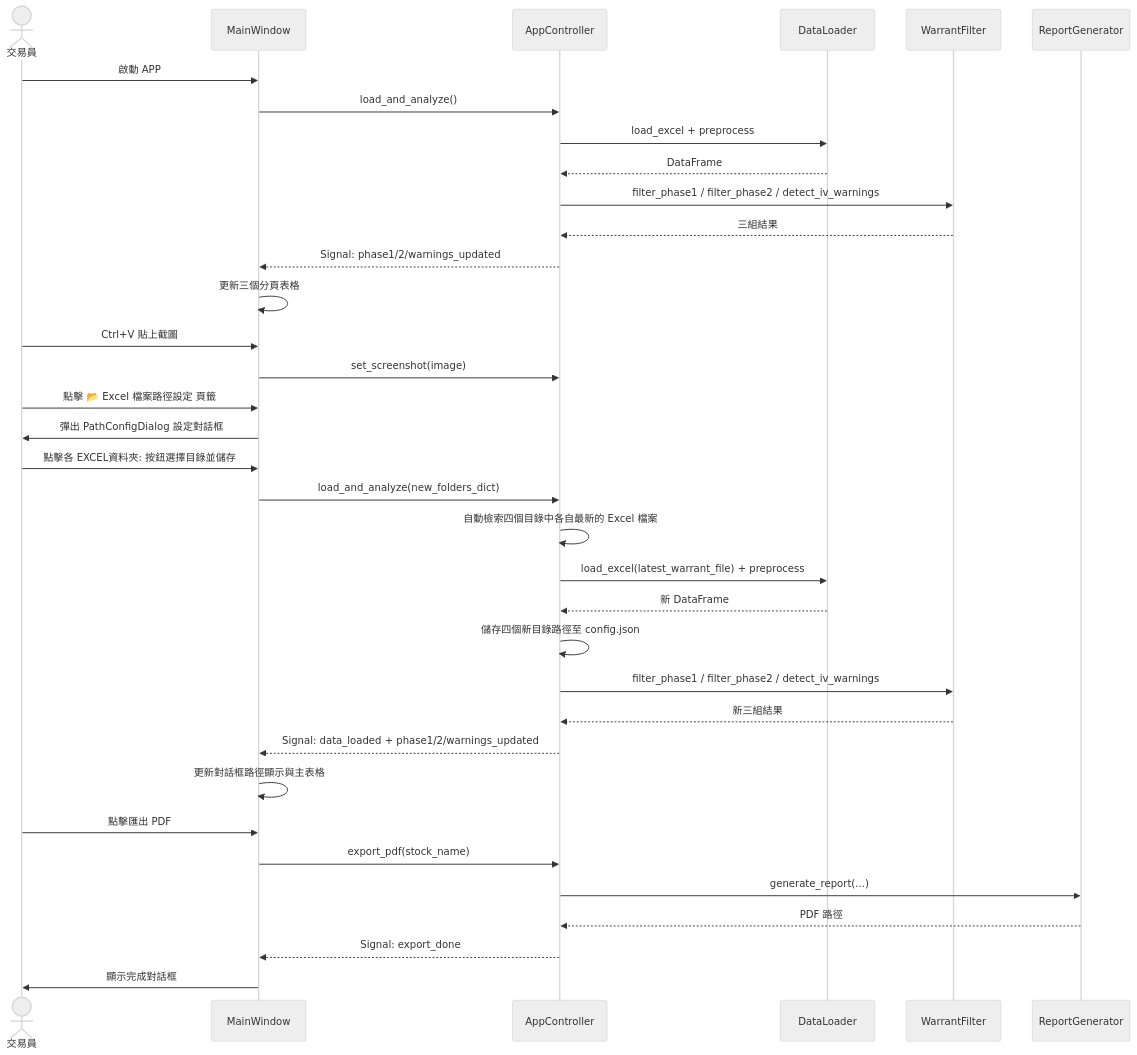
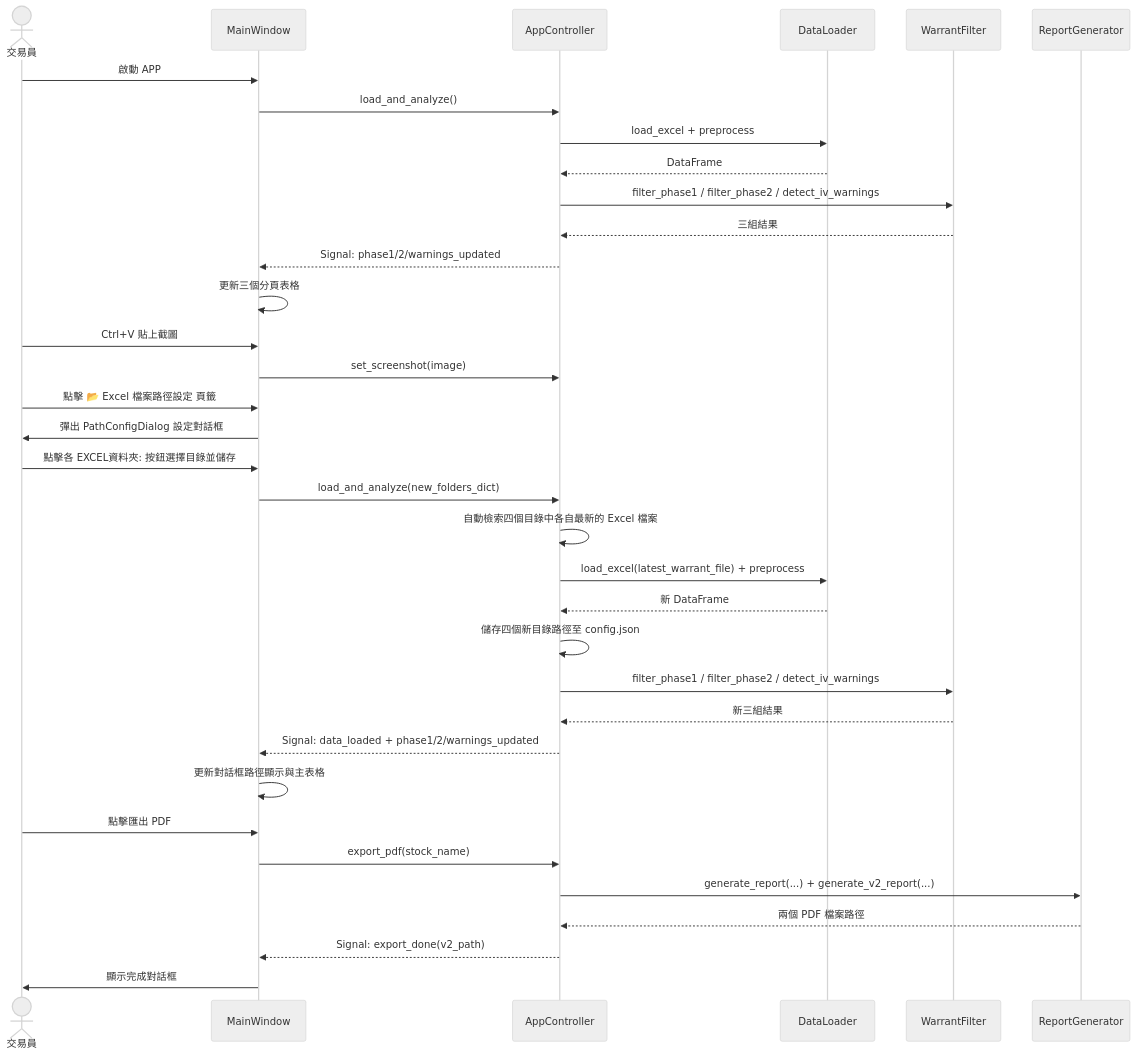
Before and after one commit to kkla1016/w-insight: the fifth of 10 diagrams in spec.md, drawn with Mermaid (neutral theme). The commit also changed 3 other files, not shown here.

````diff
--- a/spec.md
+++ b/spec.md
@@ -156,41 +156,41 @@
 ```mermaid
 sequenceDiagram
     actor User as 交易員
     participant MW as MainWindow
     participant AC as AppController
     participant DL as DataLoader
     participant WF as WarrantFilter
     participant RG as ReportGenerator
 
     User->>MW: 啟動 APP
     MW->>AC: load_and_analyze()
     AC->>DL: load_excel + preprocess
     DL-->>AC: DataFrame
     AC->>WF: filter_phase1 / filter_phase2 / detect_iv_warnings
     WF-->>AC: 三組結果
     AC-->>MW: Signal: phase1/2/warnings_updated
     MW->>MW: 更新三個分頁表格
 
     User->>MW: Ctrl+V 貼上截圖
     MW->>AC: set_screenshot(image)
 
     User->>MW: 點擊 📂 Excel 檔案路徑設定 頁籤
     MW->>User: 彈出 PathConfigDialog 設定對話框
     User->>MW: 點擊各 EXCEL資料夾: 按鈕選擇目錄並儲存
     MW->>AC: load_and_analyze(new_folders_dict)
     AC->>AC: 自動檢索四個目錄中各自最新的 Excel 檔案
     AC->>DL: load_excel(latest_warrant_file) + preprocess
     DL-->>AC: 新 DataFrame
     AC->>AC: 儲存四個新目錄路徑至 config.json
     AC->>WF: filter_phase1 / filter_phase2 / detect_iv_warnings
     WF-->>AC: 新三組結果
     AC-->>MW: Signal: data_loaded + phase1/2/warnings_updated
     MW->>MW: 更新對話框路徑顯示與主表格
 
     User->>MW: 點擊匯出 PDF
     MW->>AC: export_pdf(stock_name)
-    AC->>RG: generate_report(...)
-    RG-->>AC: PDF 路徑
-    AC-->>MW: Signal: export_done
+    AC->>RG: generate_report(...) + generate_v2_report(...)
+    RG-->>AC: 兩個 PDF 檔案路徑
+    AC-->>MW: Signal: export_done(v2_path)
     MW->>User: 顯示完成對話框
 ```
````
